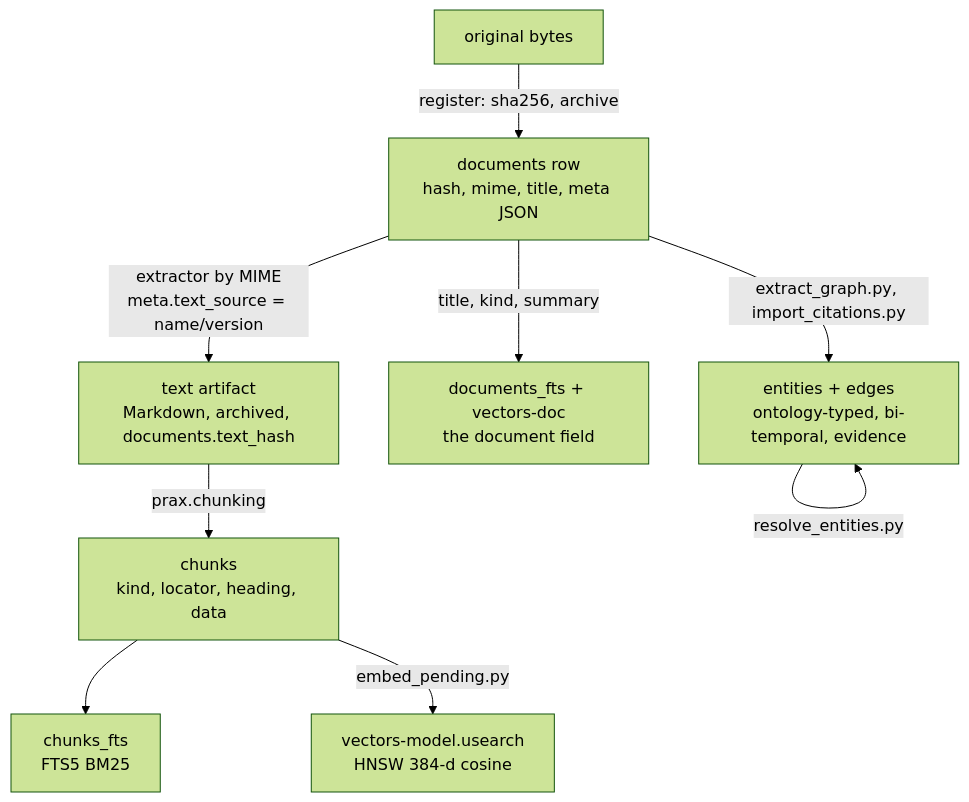
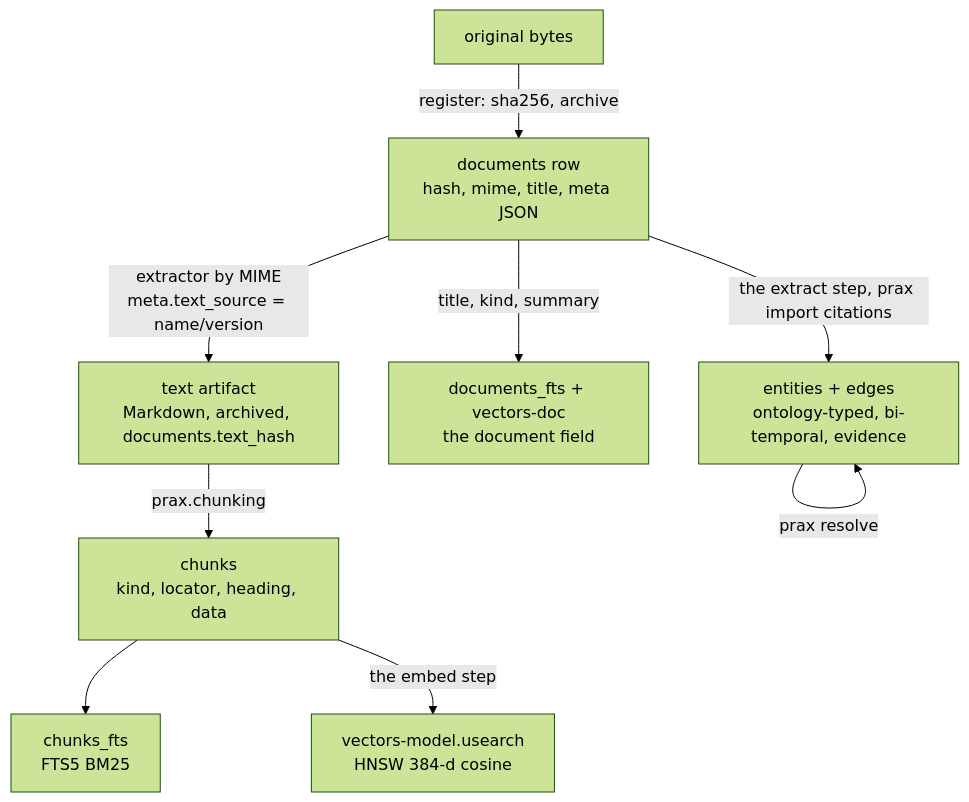
Before and after one commit to lodsb/prax: the second of 3 diagrams in docs/architecture.md, drawn with Mermaid (forest theme). The commit also changed other lines of this file and 41 other files, not shown here.

````diff
--- a/docs/architecture.md
+++ b/docs/architecture.md
@@ -89,11 +89,11 @@
 ```mermaid
 flowchart TD
   O[original bytes] -->|register: sha256, archive| D[documents row<br/>hash, mime, title, meta JSON]
   D -->|extractor by MIME<br/>meta.text_source = name/version| T[text artifact<br/>Markdown, archived, documents.text_hash]
   T -->|prax.chunking| CH[chunks<br/>kind, locator, heading, data]
   CH --> F[chunks_fts<br/>FTS5 BM25]
-  CH -->|embed_pending.py| V[vectors-model.usearch<br/>HNSW 384-d cosine]
+  CH -->|the embed step| V[vectors-model.usearch<br/>HNSW 384-d cosine]
   D -->|title, kind, summary| DF[documents_fts + vectors-doc<br/>the document field]
-  D -->|extract_graph.py, import_citations.py| G[entities + edges<br/>ontology-typed, bi-temporal, evidence]
-  G -->|resolve_entities.py| G
+  D -->|the extract step, prax import citations| G[entities + edges<br/>ontology-typed, bi-temporal, evidence]
+  G -->|prax resolve| G
 ```
````
